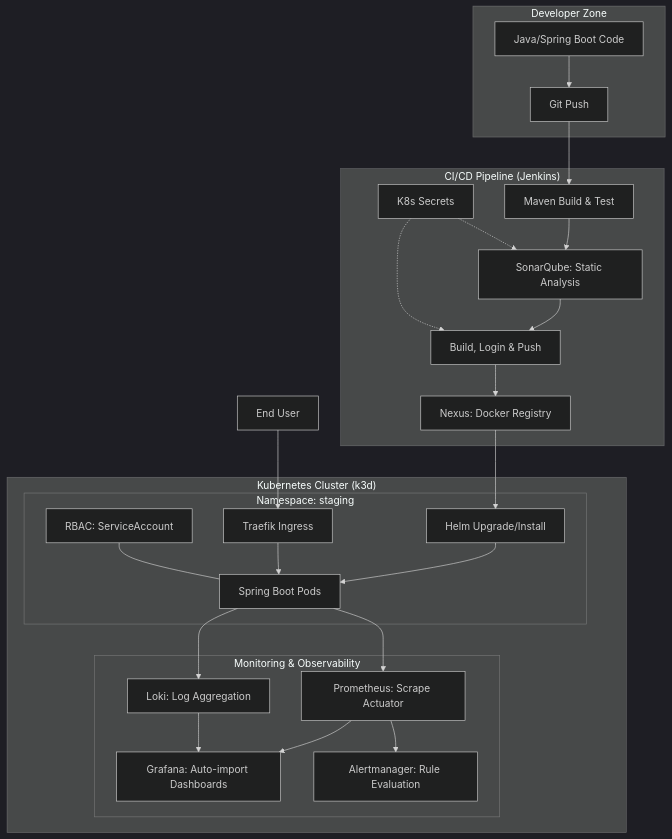
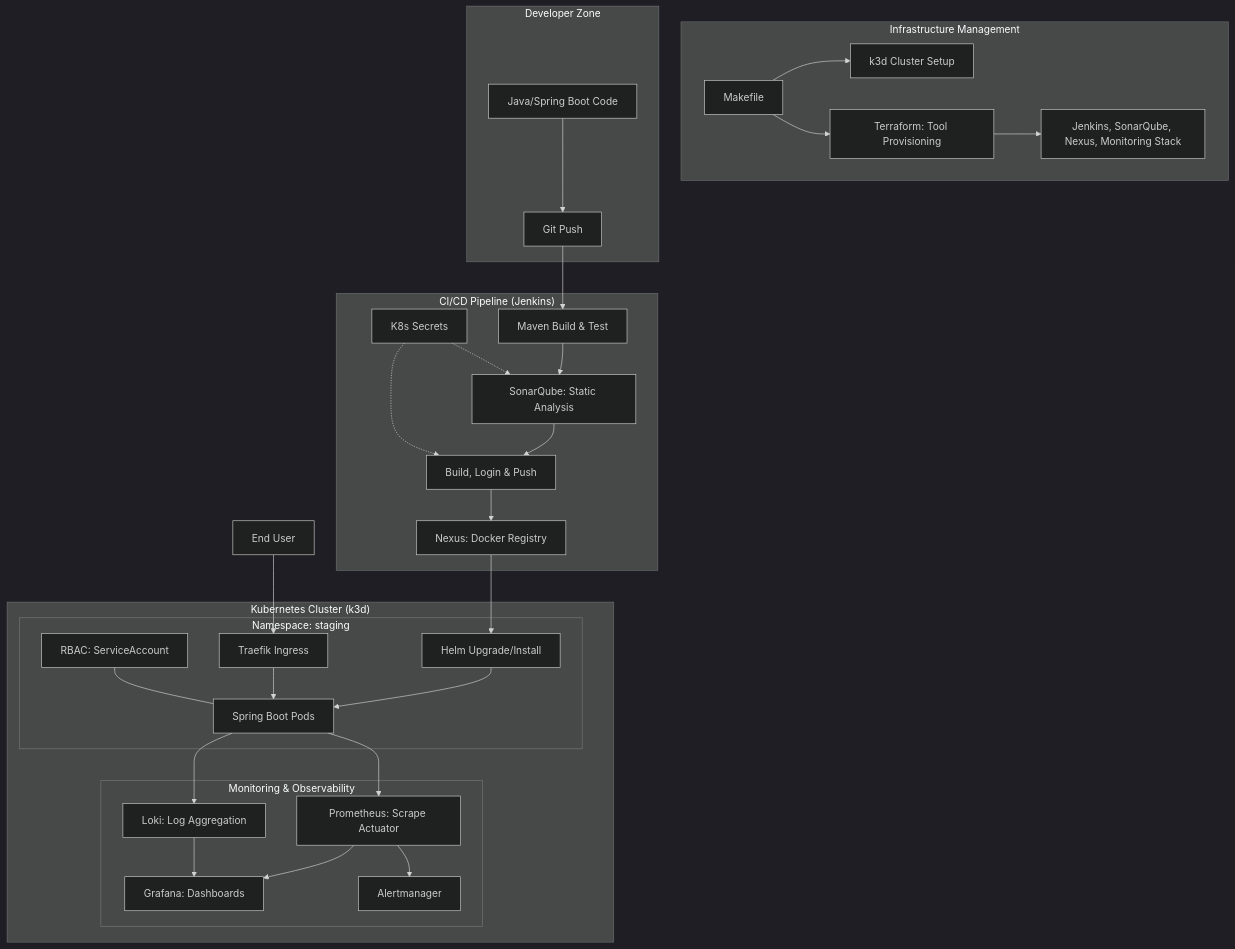
One commit to dawidbera/devops-observability-platform changed the diagram in README.md. Above: the diagram before and after it, drawn with Mermaid (dark theme). The commit also changed other lines of this file, not shown here.

Commit message:
docs: update architecture diagrams and service access instructions

````diff
--- a/README.md
+++ b/README.md
@@ -7,35 +7,41 @@
 ```mermaid
 graph TD
+    subgraph "Infrastructure Management"
+        Make[Makefile] --> K3d[k3d Cluster Setup]
+        Make --> TF[Terraform: Tool Provisioning]
+        TF --> Tools[Jenkins, SonarQube, Nexus, Monitoring Stack]
+    end
+
     subgraph "Developer Zone"
         Code[Java/Spring Boot Code] --> Commit[Git Push]
     end
 
     subgraph "CI/CD Pipeline (Jenkins)"
         Commit --> Build[Maven Build & Test]
         Build --> Scan[SonarQube: Static Analysis]
         Scan --> Docker[Build, Login & Push]
         Docker --> Nexus[Nexus: Docker Registry]
-        Secrets[K8s Secrets] -.-> Scan
-        Secrets -.-> Docker
+        K8sSecrets[K8s Secrets] -.-> Scan
+        K8sSecrets -.-> Docker
     end
 
     subgraph "Kubernetes Cluster (k3d)"
         Nexus --> Deploy[Helm Upgrade/Install]
         
         subgraph "Namespace: staging"
             Deploy --> Pods[Spring Boot Pods]
             Ingress[Traefik Ingress] --> Pods
             SA[RBAC: ServiceAccount] --- Pods
         end
         
         subgraph "Monitoring & Observability"
             Pods --> Prometheus[Prometheus: Scrape Actuator]
             Pods --> Loki[Loki: Log Aggregation]
-            Prometheus --> Grafana[Grafana: Auto-import Dashboards]
+            Prometheus --> Grafana[Grafana: Dashboards]
             Loki --> Grafana
-            Prometheus --> Alerts[Alertmanager: Rule Evaluation]
+            Prometheus --> Alerts[Alertmanager]
         end
     end
 
     User[End User] --> Ingress
 ```
````
